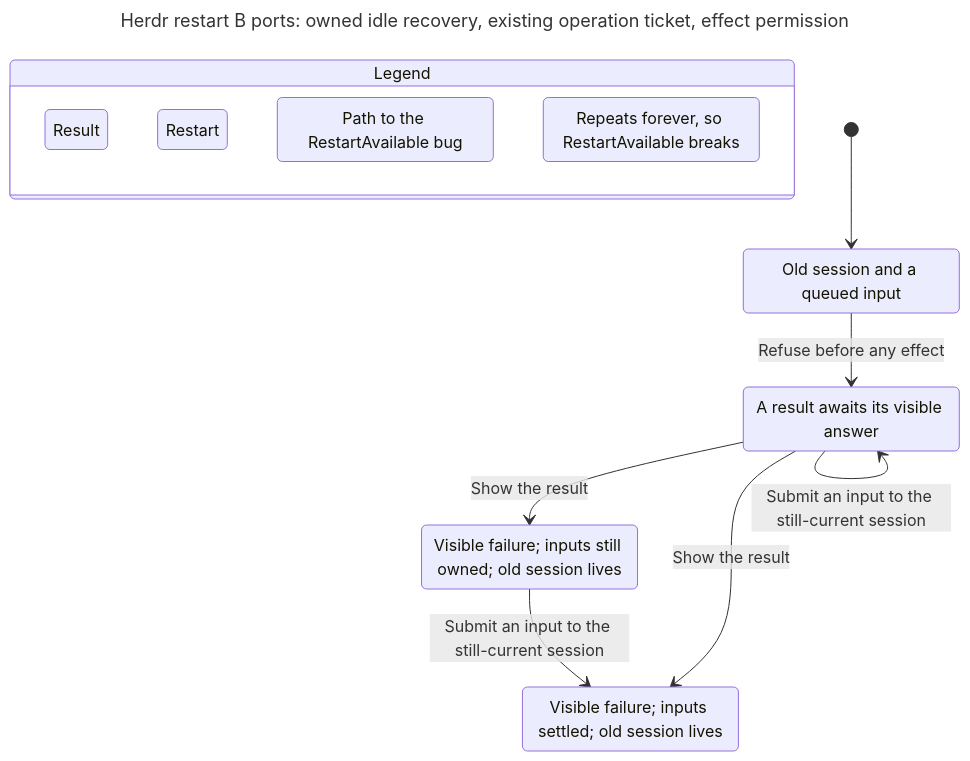
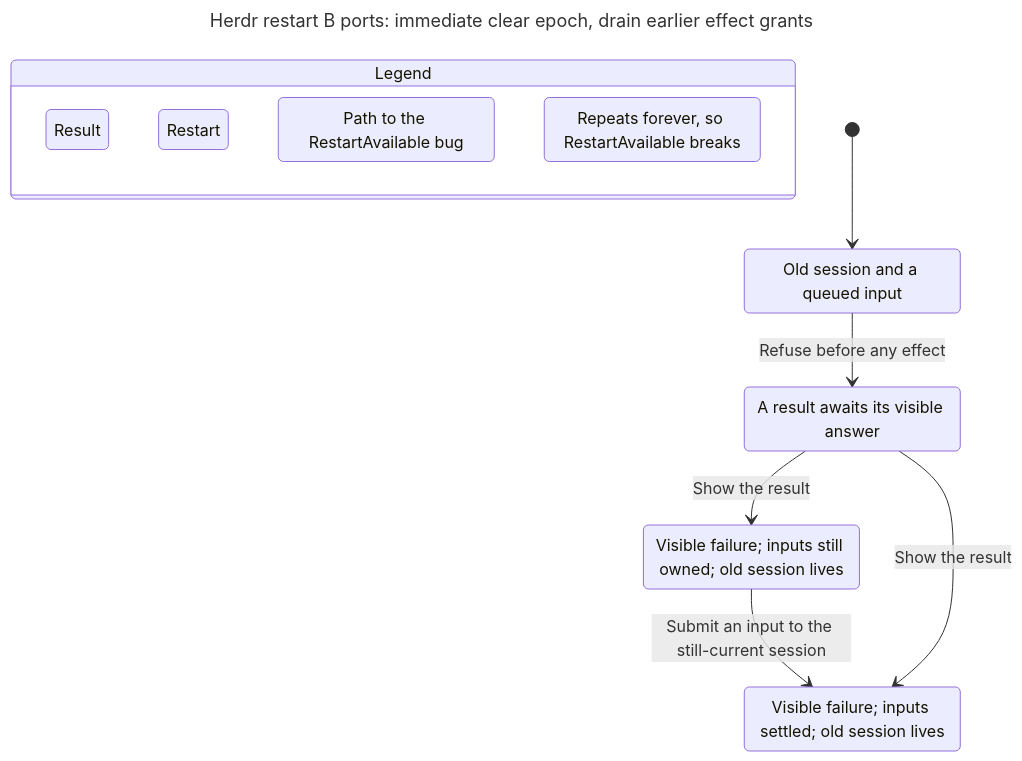
The diagram in docs/statecharts/session-lifecycle/herdr-restart-owner-Before.chart.mmd (itismyfield/AgentDesk), drawn with Mermaid before and after one commit. The commit also changed 103 other files, not shown here.

Commit message:
docs: align clear grant model and restart split plan

```diff
--- a/docs/statecharts/session-lifecycle/herdr-restart-owner-Before.chart.mmd
+++ b/docs/statecharts/session-lifecycle/herdr-restart-owner-Before.chart.mmd
@@ -1,31 +1,31 @@
 ---
-title: "Herdr restart B ports: owned idle recovery, existing operation ticket, effect permission"
+title: "Herdr restart B ports: immediate clear epoch, drain earlier effect grants"
 ---
 stateDiagram-v2
   state "Legend" as legend {
     lg0: Result
     lg1: Restart
     lg2: Path to the RestartAvailable bug
     lg3: Repeats forever, so RestartAvailable breaks
   }
   class lg0 teal
   class lg1 blue
   class lg2 bugPath
   class lg3 repeats
   s0: Old session and a queued input
   s1: A result awaits its visible answer
   s2: Visible failure#59; inputs still owned#59; old session lives
   s3: Visible failure#59; inputs settled#59; old session lives
   [*] --> s0
   s0 --> s1: Refuse before any effect
   s1 --> s2: Show the result
-  s1 --> s1: Submit an input to the still-current session
   s2 --> s3: Submit an input to the still-current session
   s1 --> s3: Show the result
   class s0 blue
   class s0 bugPath
   class s1 blue
   class s1 bugPath
   class s2 teal
+  class s2 bugPath
   class s3 teal
   class s3 repeats
```
